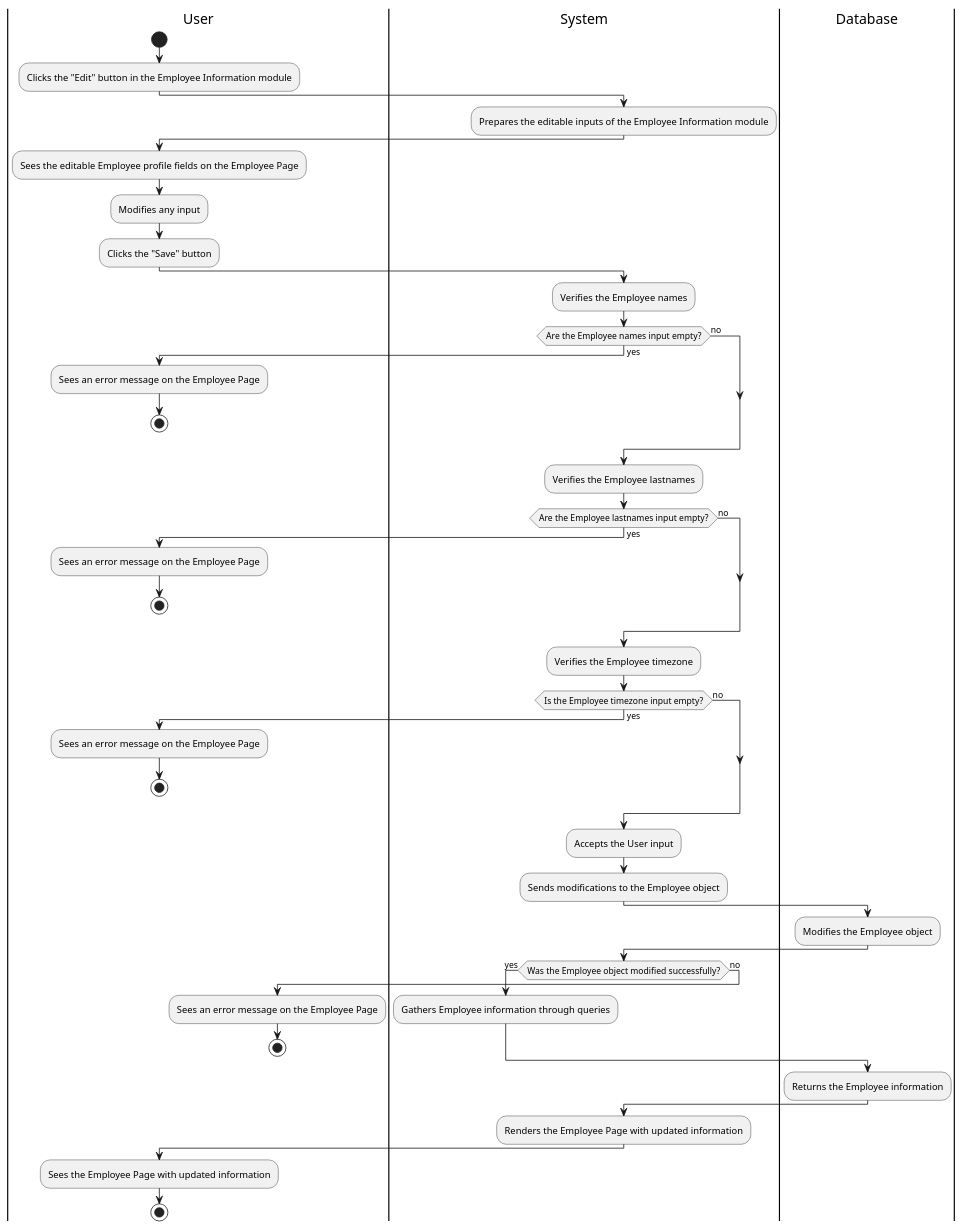
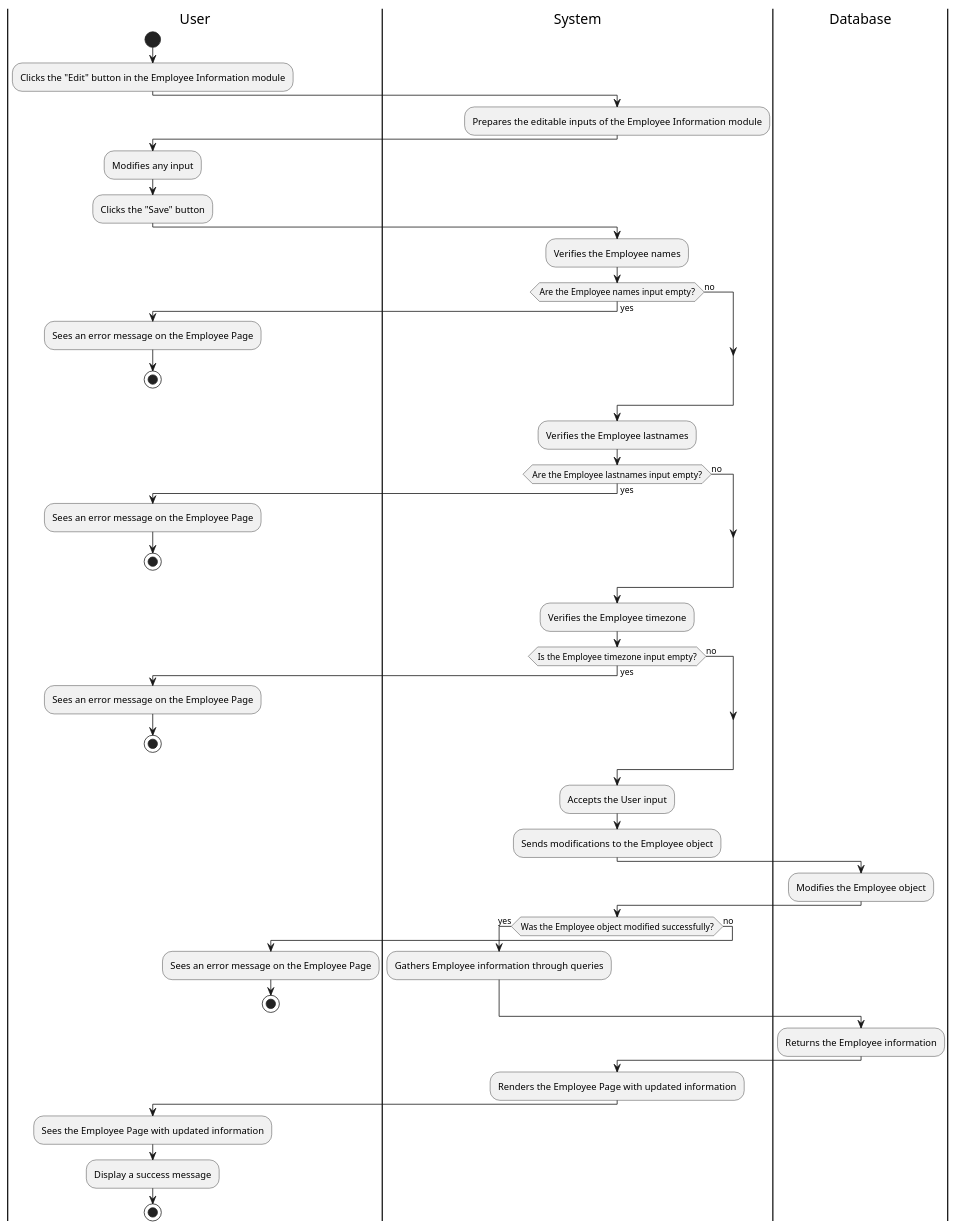
Before and after one commit to Berthou05/LimboSoftwareDevelopment_Change.org: the diagram in documentation/activity_diagrams/EMP-03-ActivityDiagram.puml, drawn with PlantUML. The commit also changed 10 other files, not shown here.

```diff
--- a/documentation/activity_diagrams/EMP-03-ActivityDiagram.puml
+++ b/documentation/activity_diagrams/EMP-03-ActivityDiagram.puml
@@ -1,69 +1,69 @@
 @startuml
 |User|
 start
 :Clicks the "Edit" button in the Employee Information module;
 
 |System|
 :Prepares the editable inputs of the Employee Information module;
 
 |User|
-:Sees the editable Employee profile fields on the Employee Page;
 :Modifies any input;
 :Clicks the "Save" button;
 
 |System|
 :Verifies the Employee names;
 
 if (Are the Employee names input empty?) then (yes)
     |User|
     :Sees an error message on the Employee Page;
     stop
 else (no)
 endif
 
 |System|
 :Verifies the Employee lastnames;
 
 if (Are the Employee lastnames input empty?) then (yes)
     |User|
     :Sees an error message on the Employee Page;
     stop
 else (no)
 endif
 
 |System|
 :Verifies the Employee timezone;
 
 if (Is the Employee timezone input empty?) then (yes)
     |User|
     :Sees an error message on the Employee Page;
     stop
 else (no)
 endif
 
 |System|
 :Accepts the User input;
 :Sends modifications to the Employee object;
 
 |Database|
 :Modifies the Employee object;
 
 |System|
 if (Was the Employee object modified successfully?) then (yes)
     :Gathers Employee information through queries;
 else (no)
     |User|
     :Sees an error message on the Employee Page;
     stop
 endif
 
 |Database|
 :Returns the Employee information;
 
 |System|
 :Renders the Employee Page with updated information;
 
 |User|
 :Sees the Employee Page with updated information;
+:Display a success message;
 stop
 @enduml
```
